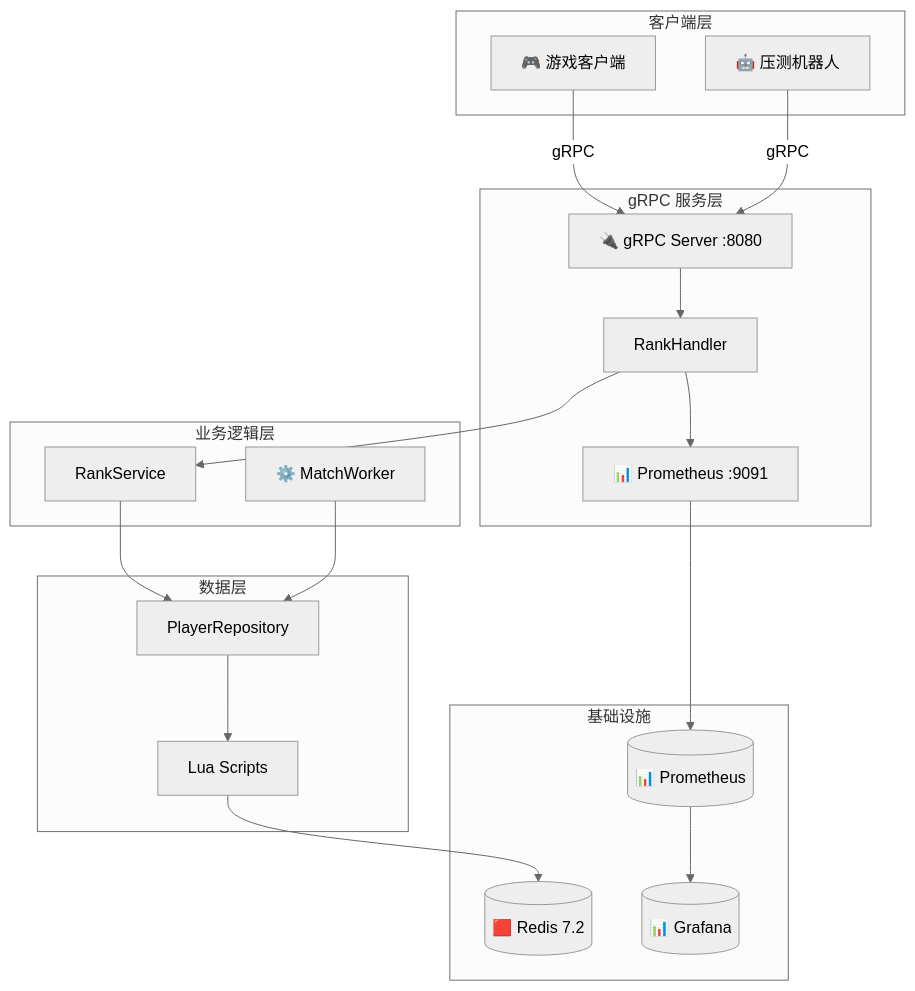
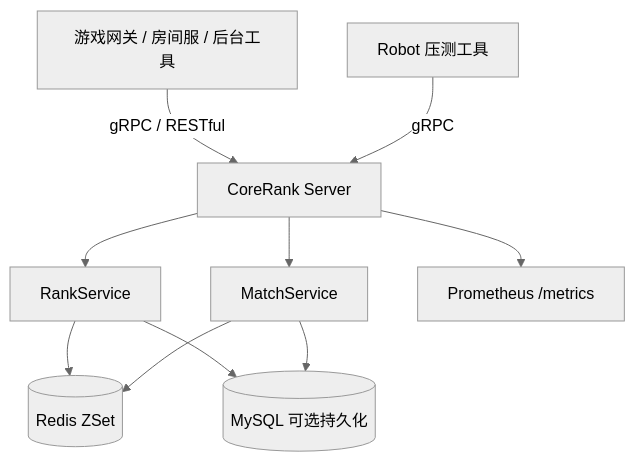
One commit to jingjie2002/CoreRank changed the diagram in CoreRank_Proposal.md. Above: the diagram before and after it, drawn with Mermaid (neutral theme). The commit also changed other lines of this file and 6 other files, not shown here.

````diff
--- a/CoreRank_Proposal.md
+++ b/CoreRank_Proposal.md
@@ -200,41 +119,12 @@
 ```mermaid
 graph TB
-    subgraph "客户端层"
-        Client["🎮 游戏客户端"]
-        Robot["🤖 压测机器人"]
-    end
-
-    subgraph "gRPC 服务层"
-        GRPC["🔌 gRPC Server :8080"]
-        Handler["RankHandler"]
-        Metrics["📊 Prometheus :9091"]
-    end
-
-    subgraph "业务逻辑层"
-        RankService["RankService"]
-        MatchWorker["⚙️ MatchWorker"]
-    end
-
-    subgraph "数据层"
-        Repo["PlayerRepository"]
-        Lua["Lua Scripts"]
-    end
-
-    subgraph "基础设施"
-        Redis[("🟥 Redis 7.2")]
-        Prometheus[("📊 Prometheus")]
-        Grafana[("📊 Grafana")]
-    end
-
-    Client -->|gRPC| GRPC
-    Robot -->|gRPC| GRPC
-    GRPC --> Handler
-    Handler --> RankService
-    Handler --> Metrics
-    RankService --> Repo
-    MatchWorker --> Repo
-    Repo --> Lua
-    Lua --> Redis
-    Metrics --> Prometheus
-    Prometheus --> Grafana
+    Client["游戏网关 / 房间服 / 后台工具"] -->|"gRPC / RESTful"| Server["CoreRank Server"]
+    Robot["Robot 压测工具"] -->|"gRPC"| Server
+    Server --> RankService["RankService"]
+    Server --> MatchService["MatchService"]
+    RankService --> Redis[("Redis ZSet")]
+    MatchService --> Redis
+    RankService --> MySQL[("MySQL 可选持久化")]
+    MatchService --> MySQL
+    Server --> Metrics["Prometheus /metrics"]
 ```
````
